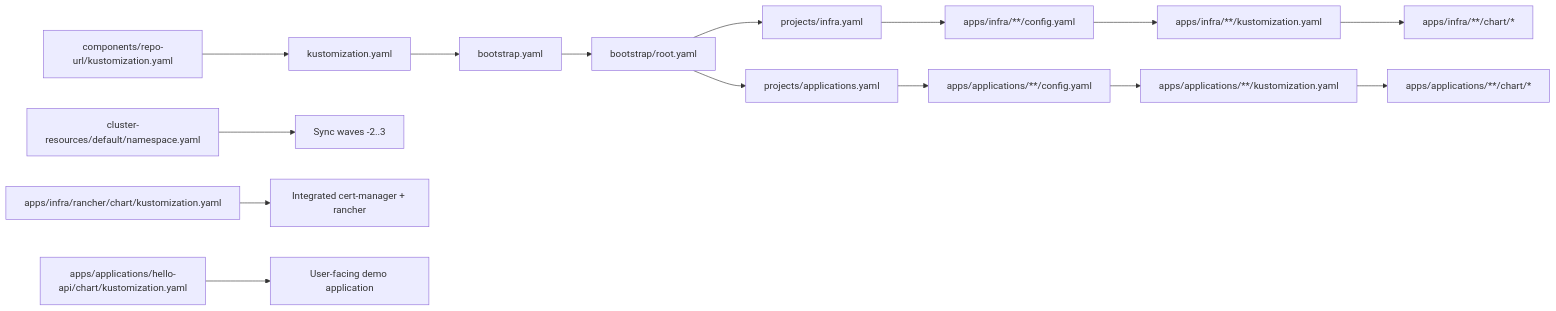
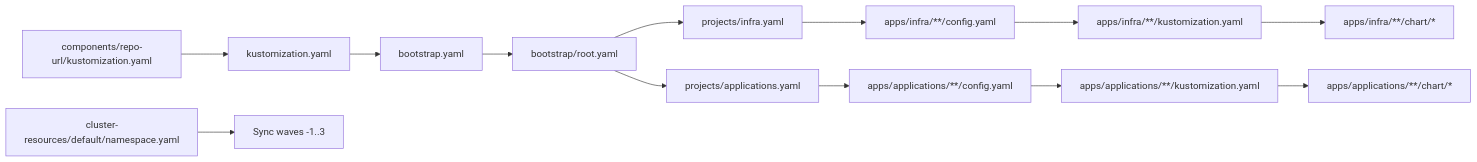
Before and after one commit to Hoangvu75/k8s_manifest: the third of 3 diagrams in .qoder/repowiki/en/content/Application Configuration/Application Structure and Organization.md, drawn with Mermaid. The commit also changed other lines of this file and 31 other files, not shown here.

````diff
--- a/.qoder/repowiki/en/content/Application Configuration/Application Structure and Organization.md
+++ b/.qoder/repowiki/en/content/Application Configuration/Application Structure and Organization.md
@@ -328,17 +297,15 @@
 ```mermaid
 graph LR
 RepoURL["components/repo-url/kustomization.yaml"] --> RootKs["kustomization.yaml"]
 RootKs --> BootstrapApp["bootstrap.yaml"]
 BootstrapApp --> RootApp["bootstrap/root.yaml"]
 RootApp --> ProjInfra["projects/infra.yaml"]
 RootApp --> ProjApps["projects/applications.yaml"]
 ProjInfra --> InfraApps["apps/infra/**/config.yaml"]
 ProjApps --> AppApps["apps/applications/**/config.yaml"]
 InfraApps --> InfraKs["apps/infra/**/kustomization.yaml"]
 AppApps --> AppKs["apps/applications/**/kustomization.yaml"]
 InfraKs --> ChartInfra["apps/infra/**/chart/*"]
 AppKs --> ChartApps["apps/applications/**/chart/*"]
-NS["cluster-resources/default/namespace.yaml"] --> Waves["Sync waves -2..3"]
-Rancher["apps/infra/rancher/chart/kustomization.yaml"] --> CertManager["Integrated cert-manager + rancher"]
-HelloAPI["apps/applications/hello-api/chart/kustomization.yaml"] --> DemoApp["User-facing demo application"]
+NS["cluster-resources/default/namespace.yaml"] --> Waves["Sync waves -1..3"]
 ```
````
